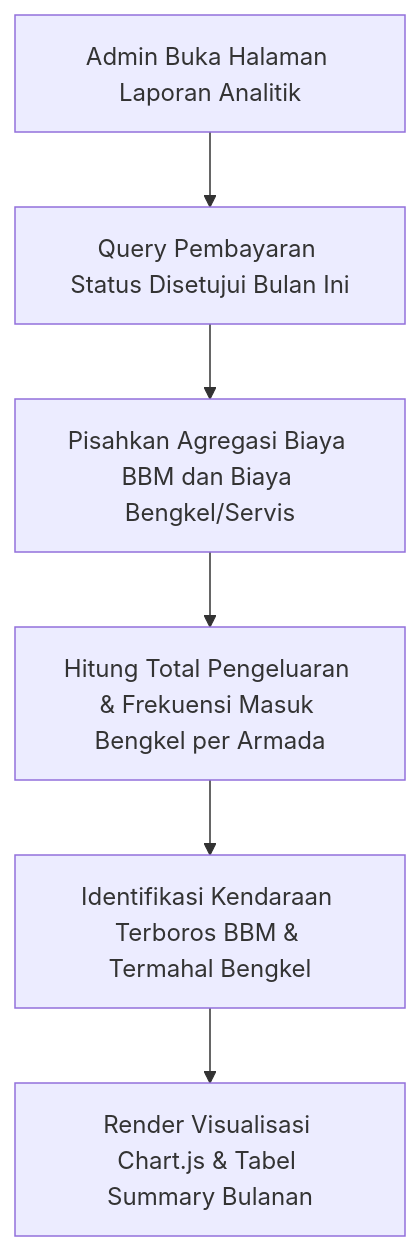
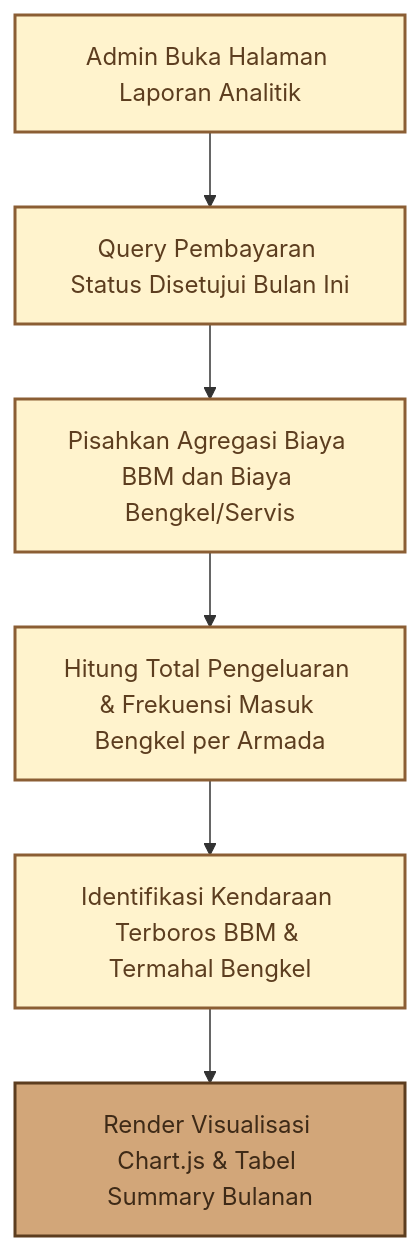
Before and after one commit to nazwasalsabila181718-droid/manajemen_perawatan: diagram 12 of 13 in docs/DOKUMENTASI_MODULE_SISTEM.md, drawn with Mermaid. The commit also changed other lines of this file, not shown here.

Commit message:
style: tambahkan tema warna kuning-coklat pada diagram mermaid

````diff
--- a/docs/DOKUMENTASI_MODULE_SISTEM.md
+++ b/docs/DOKUMENTASI_MODULE_SISTEM.md
@@ -256,8 +322,14 @@
 ```mermaid
 flowchart TD
+    classDef default fill:#FFF3CD,stroke:#8B5E34,stroke-width:2px,color:#5C3D1F;
+    classDef highlight fill:#D2A679,stroke:#5C3D1F,stroke-width:2px,color:#3E2A17;
+
     A[Admin Buka Halaman Laporan Analitik] --> B[Query Pembayaran Status Disetujui Bulan Ini]
     B --> C[Pisahkan Agregasi Biaya BBM dan Biaya Bengkel/Servis]
     C --> D[Hitung Total Pengeluaran & Frekuensi Masuk Bengkel per Armada]
     D --> E[Identifikasi Kendaraan Terboros BBM & Termahal Bengkel]
     E --> F[Render Visualisasi Chart.js & Tabel Summary Bulanan]
+
+    class A,B,C,D,E default;
+    class F highlight;
 ```
````
